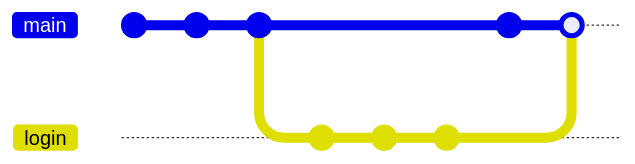
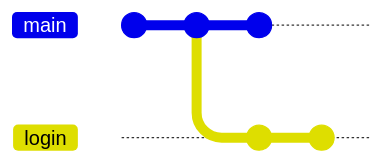
Before and after one commit to P3-MINI/csharp-site: the first of 2 diagrams in content/labs/01.git/_index.pl.md, drawn with Mermaid. The commit also changed other lines of this file and 1 other file, not shown here. Commit ids are hidden.

````diff
--- a/content/labs/01.git/_index.pl.md
+++ b/content/labs/01.git/_index.pl.md
@@ -264,19 +310,17 @@
 ```mermaid
 ---
 config:
   gitGraph:
       mainBranchName: 'main'
+      parallelCommits: true
 ---
 gitGraph
-   commit 
-   commit 
-   commit 
+   commit id: "A"
+   commit id: "B"
    branch login
    checkout login 
-   commit 
-   commit 
-   commit 
+   commit id: "D"
+   commit id: "E"
    checkout main
-   commit
-   merge login id: "5-cdb67ab"
+   commit id: "C"
 ```
````
